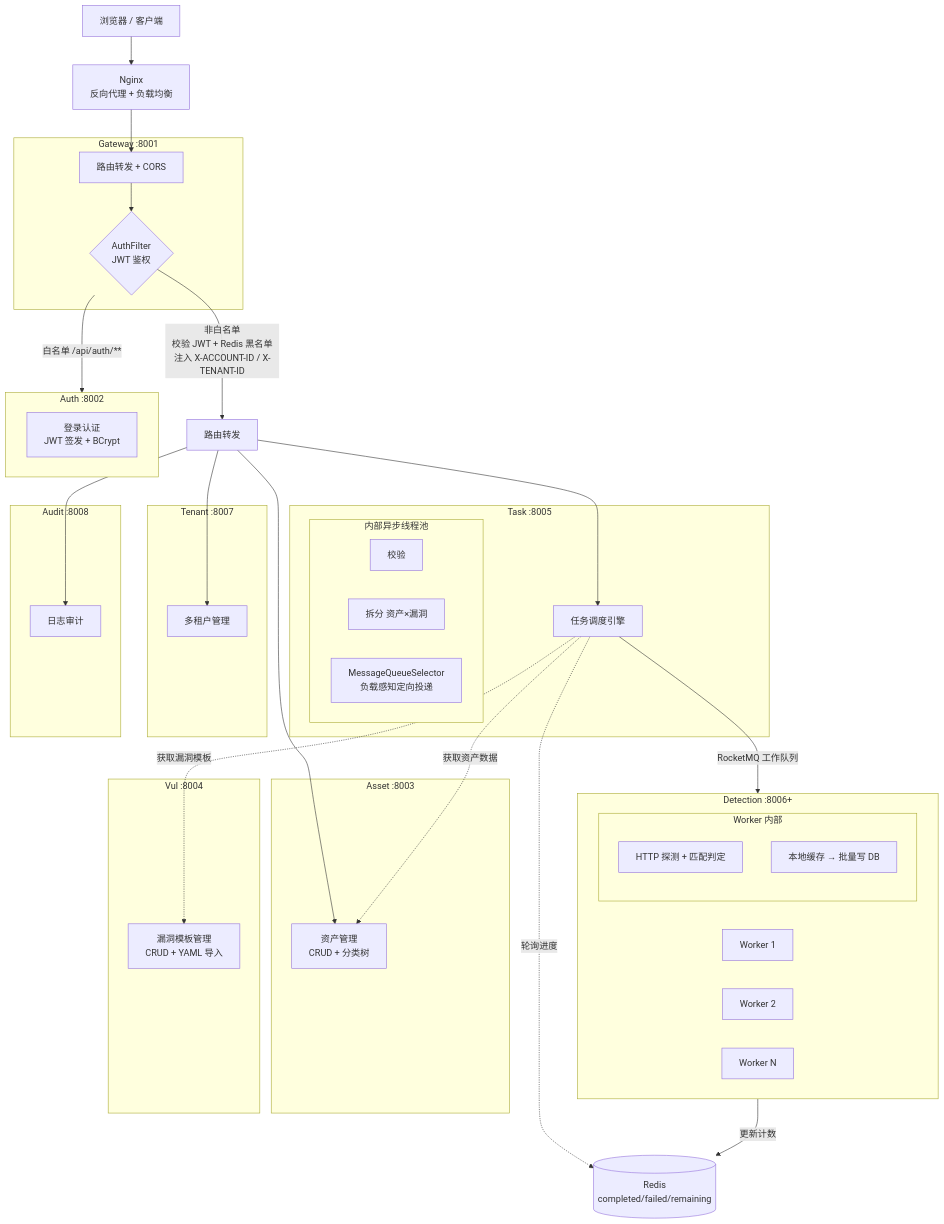
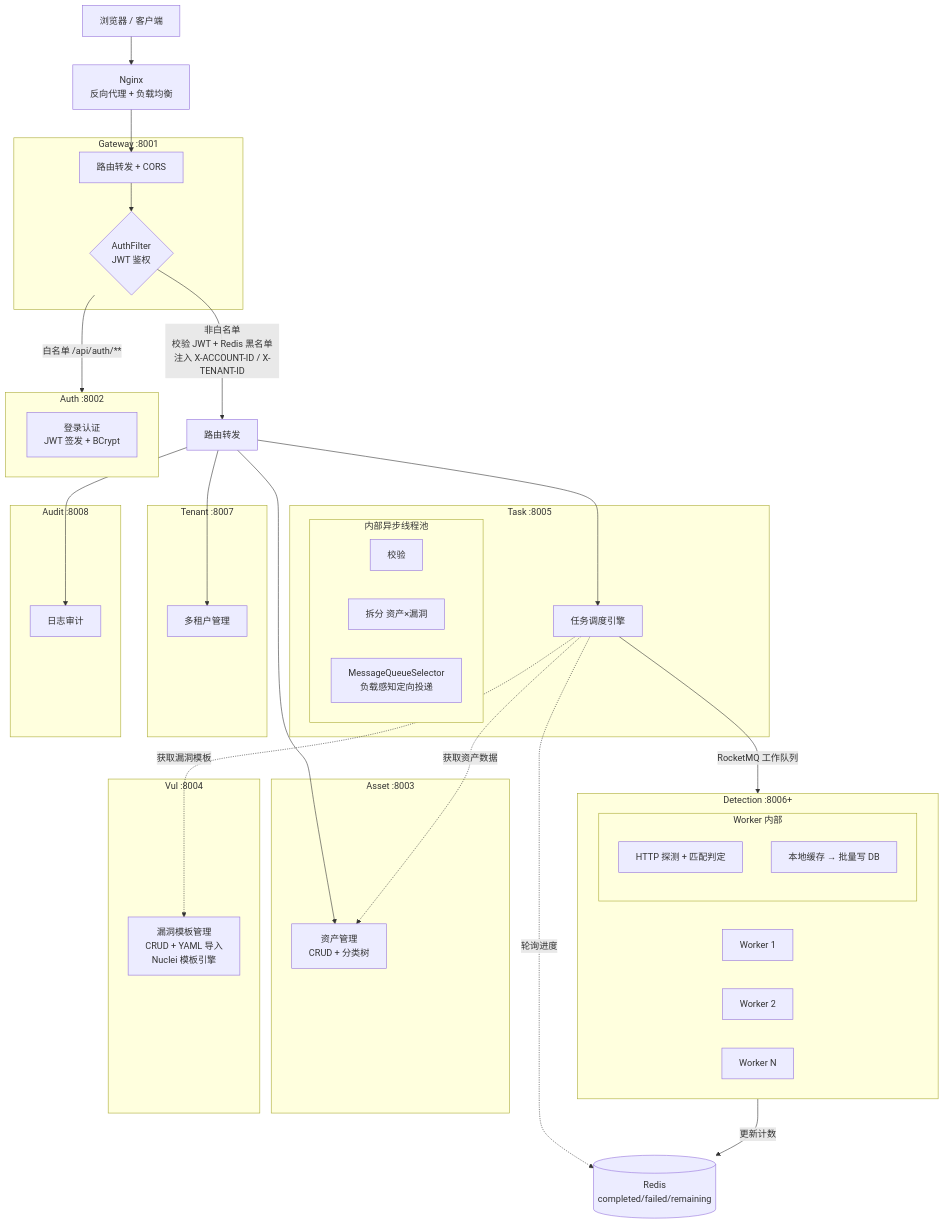
The first of 3 diagrams in README.md (spojchil/hawkeye-cloud), drawn with Mermaid before and after one commit. The commit also changed other lines of this file and 2 other files, not shown here.

First line of the commit message:
docs: MIT 许可证 + nuclei-templates 归属 + CI 源码白名单 (#8)

````diff
--- a/README.md
+++ b/README.md
@@ -29,65 +28,65 @@
 ```mermaid
 graph TD
     Browser[浏览器 / 客户端] --> Nginx[Nginx<br/>反向代理 + 负载均衡]
     Nginx --> GW
 
     subgraph Gateway ["Gateway :8001"]
         GW[路由转发 + CORS]
         GW --> AuthFilter{AuthFilter<br/>JWT 鉴权}
     end
 
     AuthFilter -->|白名单 /api/auth/**| Auth
     AuthFilter -->|非白名单<br/>校验 JWT + Redis 黑名单<br/>注入 X-ACCOUNT-ID / X-TENANT-ID| Route[路由转发]
 
     subgraph Auth ["Auth :8002"]
         AuthSvc[登录认证<br/>JWT 签发 + BCrypt]
     end
 
     subgraph Asset ["Asset :8003"]
         AssetSvc[资产管理<br/>CRUD + 分类树]
     end
 
     subgraph Vul ["Vul :8004"]
-        VulSvc[漏洞模板管理<br/>CRUD + YAML 导入]
+        VulSvc[漏洞模板管理<br/>CRUD + YAML 导入<br/>Nuclei 模板引擎]
     end
 
     Route --> AssetSvc
     Route --> TaskSvc
 
     subgraph Task ["Task :8005"]
         TaskSvc[任务调度引擎]
         subgraph TaskInternal["内部异步线程池"]
             Validate[校验]
             Split[拆分 资产×漏洞]
             Selector[MessageQueueSelector<br/>负载感知定向投递]
         end
     end
 
     TaskSvc -->|RocketMQ 工作队列| Detection
 
     subgraph Detection ["Detection :8006+"]
         Worker1[Worker 1]
         Worker2[Worker 2]
         WorkerN[Worker N]
         subgraph DetInternal["Worker 内部"]
             Probe[HTTP 探测 + 匹配判定]
             Batch[本地缓存 → 批量写 DB]
         end
     end
 
     Detection -->|更新计数| Redis[(Redis<br/>completed/failed/remaining)]
     TaskSvc -.->|轮询进度| Redis
     TaskSvc -.->|获取资产数据| AssetSvc
     TaskSvc -.->|获取漏洞模板| VulSvc
 
     subgraph Tenant ["Tenant :8007"]
         TenantSvc[多租户管理]
     end
 
     subgraph Audit ["Audit :8008"]
         AuditSvc[日志审计]
     end
 
     Route --> TenantSvc
     Route --> AuditSvc
 ```
````
